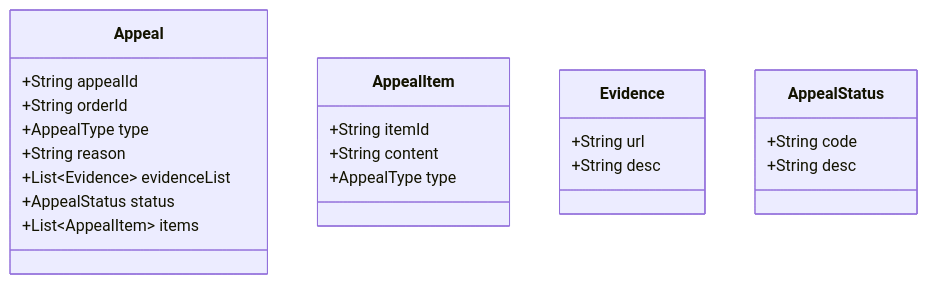
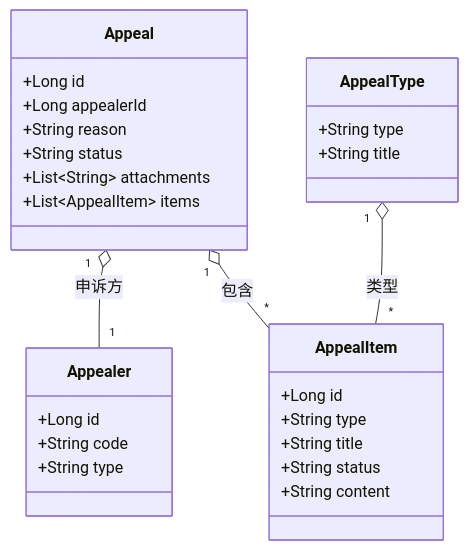
The fourth of 20 diagrams in docs/design/申诉详设.md (oleewen/ai-master), drawn with Mermaid before and after one commit. The commit also changed other lines of this file and 1 other file, not shown here.

````diff
--- a/docs/design/申诉详设.md
+++ b/docs/design/申诉详设.md
@@ -151,25 +265,31 @@
 ```mermaid
 classDiagram
     class Appeal {
-        +String appealId
-        +String orderId
-        +AppealType type
+        +Long id
+        +Long appealerId
         +String reason
-        +List~Evidence~ evidenceList
-        +AppealStatus status
+        +String status
+        +List~String~ attachments
         +List~AppealItem~ items
     }
     class AppealItem {
-        +String itemId
+        +Long id
+        +String type
+        +String title
+        +String status
         +String content
-        +AppealType type
     }
-    class Evidence {
-        +String url
-        +String desc
+    class AppealType {
+        +String type
+        +String title
     }
-    class AppealStatus {
+    class Appealer {
+        +Long id
         +String code
-        +String desc
+        +String type
     }
+    Appeal "1" o-- "1" Appealer : 申诉方
+    Appeal "1" o-- "*" AppealItem : 包含
+    AppealType  "1" o-- "*" AppealItem : 类型
+   
 ```
````
